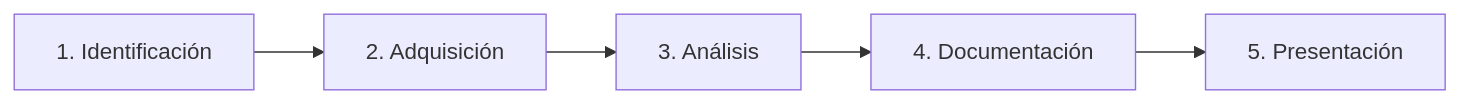
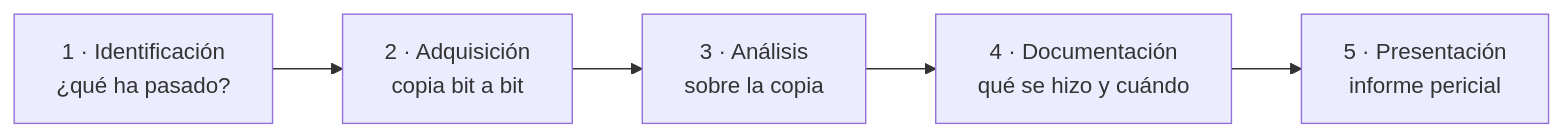
Before and after one commit to campusdevfp/cybersec2627: the seventh of 9 diagrams in docs/ud1/index.md, drawn with Mermaid. The commit also changed other lines of this file and 5 other files, not shown here.

````diff
--- a/docs/ud1/index.md
+++ b/docs/ud1/index.md
@@ -220,7 +526,7 @@
 ```mermaid
 flowchart LR
-    A[1. Identificación] --> B[2. Adquisición]
-    B --> C[3. Análisis]
-    C --> D[4. Documentación]
-    D --> E[5. Presentación]
+    A["1 · Identificación<br/>¿qué ha pasado?"] --> B["2 · Adquisición<br/>copia bit a bit"]
+    B --> C["3 · Análisis<br/>sobre la copia"]
+    C --> D["4 · Documentación<br/>qué se hizo y cuándo"]
+    D --> E["5 · Presentación<br/>informe pericial"]
 ```
````
